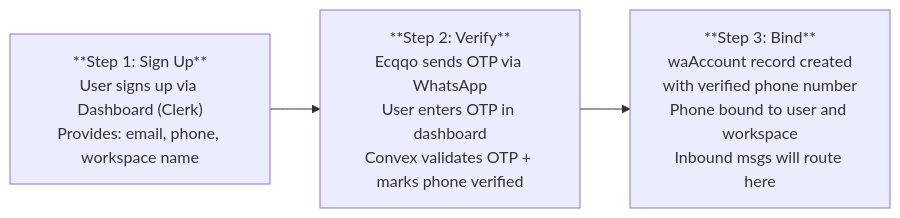
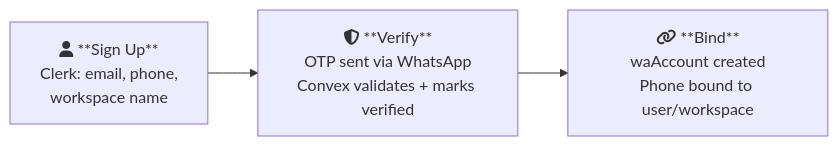
The first of 2 diagrams in docs/flows/user-identification.md (alilibx/ecqo), drawn with Mermaid before and after one commit. The commit also changed other lines of this file and 23 other files, not shown here.

````diff
--- a/docs/flows/user-identification.md
+++ b/docs/flows/user-identification.md
@@ -35,8 +17,8 @@
 ```mermaid
 flowchart LR
-    A["**Step 1: Sign Up**<br/>User signs up via Dashboard (Clerk)<br/>Provides: email, phone, workspace name"]
-    B["**Step 2: Verify**<br/>Ecqqo sends OTP via WhatsApp<br/>User enters OTP in dashboard<br/>Convex validates OTP + marks phone verified"]
-    C["**Step 3: Bind**<br/>waAccount record created<br/>with verified phone number<br/>Phone bound to user and workspace<br/>Inbound msgs will route here"]
+    A["fa:fa-user **Sign Up**<br/>Clerk: email, phone,<br/>workspace name"]
+    B["fa:fa-shield-halved **Verify**<br/>OTP sent via WhatsApp<br/>Convex validates + marks verified"]
+    C["fa:fa-link **Bind**<br/>waAccount created<br/>Phone bound to user/workspace"]
 
     A --> B --> C
 ```
````
